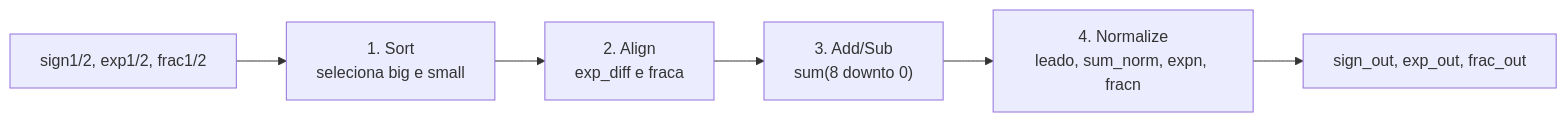
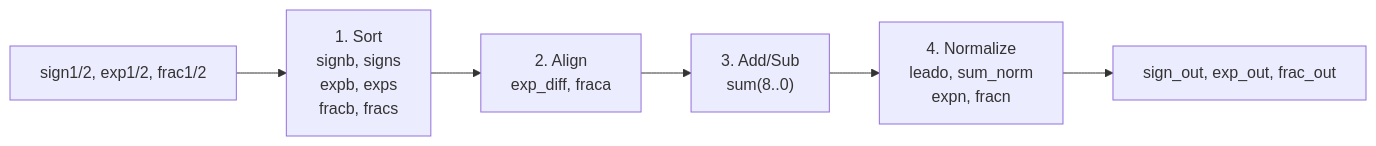
Before and after one commit to guiPython/de10-lite-fp-adder: the first of 3 diagrams in README.md, drawn with Mermaid. The commit also changed other lines of this file and 9 other files, not shown here.

````diff
--- a/README.md
+++ b/README.md
@@ -54,8 +58,8 @@
 ```mermaid
 flowchart LR
-    I["sign1/2, exp1/2, frac1/2"] --> S1["1. Sort<br/>seleciona big e small"]
-    S1 --> S2["2. Align<br/>exp_diff e fraca"]
-    S2 --> S3["3. Add/Sub<br/>sum(8 downto 0)"]
-    S3 --> S4["4. Normalize<br/>leado, sum_norm, expn, fracn"]
-    S4 --> O["sign_out, exp_out, frac_out"]
+    A["sign1/2, exp1/2, frac1/2"] --> S["1. Sort<br/>signb, signs<br/>expb, exps<br/>fracb, fracs"]
+    S --> L["2. Align<br/>exp_diff, fraca"]
+    L --> O["3. Add/Sub<br/>sum(8..0)"]
+    O --> N["4. Normalize<br/>leado, sum_norm<br/>expn, fracn"]
+    N --> R["sign_out, exp_out, frac_out"]
 ```
````
